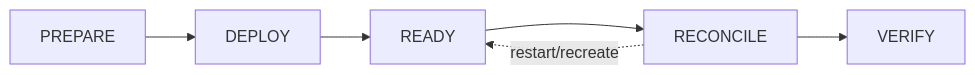
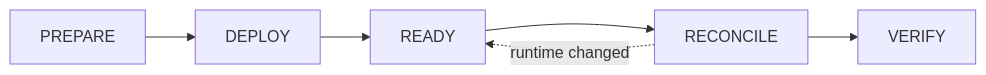
One commit to ea1het/local_hybrid_ai changed the second of 3 diagrams in README.md. Above: the diagram before and after it, drawn with Mermaid. The commit also changed other lines of this file, not shown here.

````diff
--- a/README.md
+++ b/README.md
@@ -30,8 +77,5 @@
 ```mermaid
 flowchart LR
-    P["PREPARE"] --> D["DEPLOY"]
-    D --> R["READY"]
-    R --> C["RECONCILE"]
-    C --> V["VERIFY"]
-    C -. "restart/recreate" .-> R
+    P["PREPARE"] --> D["DEPLOY"] --> R["READY"] --> C["RECONCILE"] --> V["VERIFY"]
+    C -.->|runtime changed| R
 ```
````
